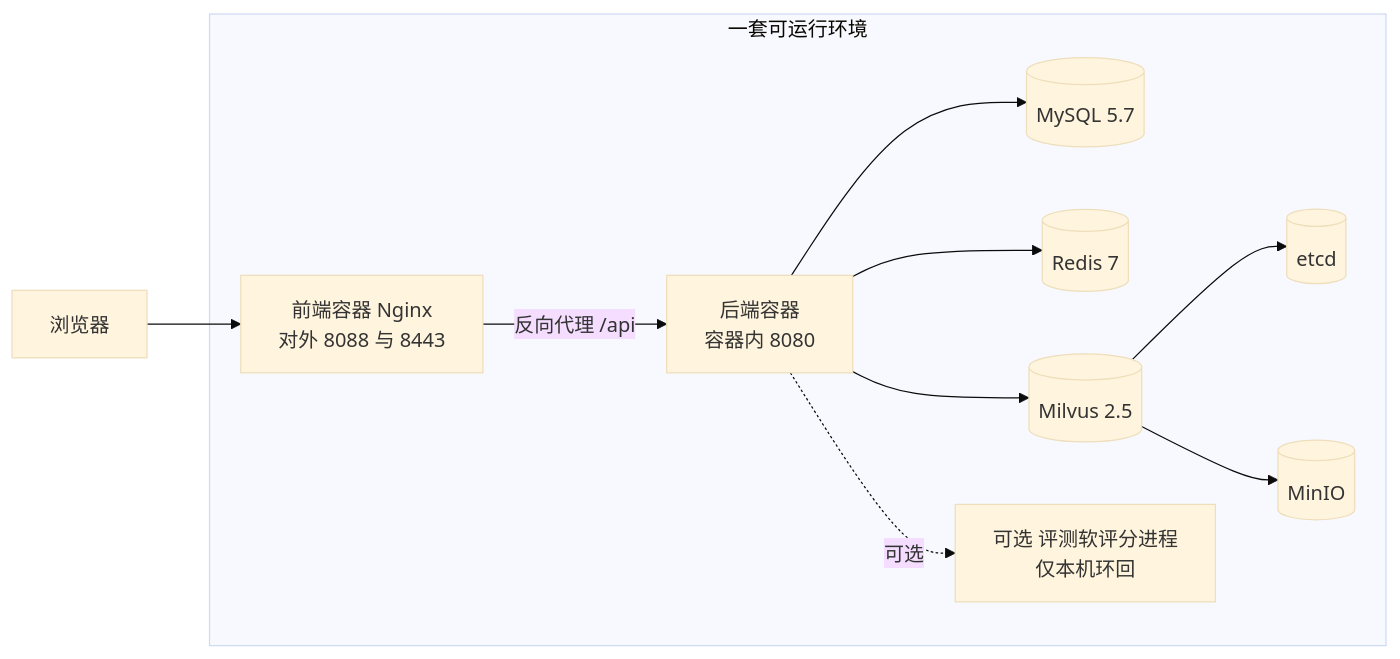
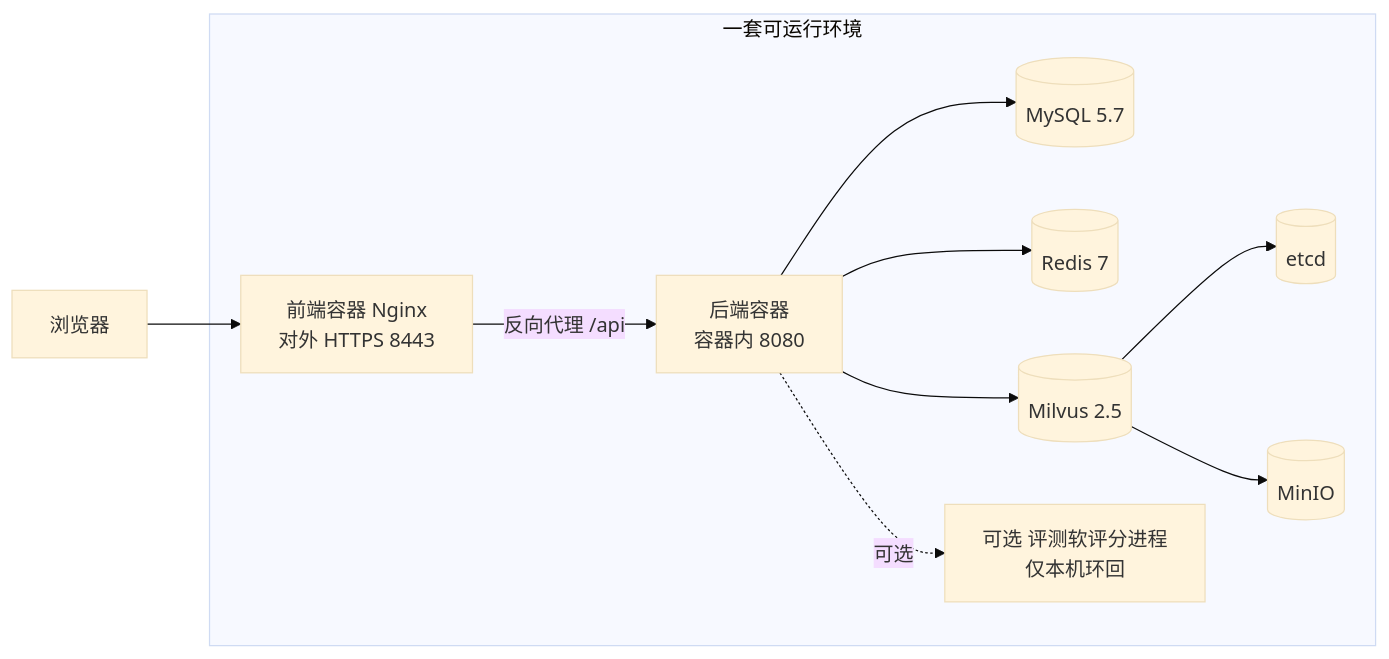
One commit to Desktop-code/AgentHub changed the fifth of 5 diagrams in docs/architecture/AgentHub-架构设计.md. Above: the diagram before and after it, drawn with Mermaid (base theme). The commit also changed other lines of this file and 3 other files, not shown here.

````diff
--- a/docs/architecture/AgentHub-架构设计.md
+++ b/docs/architecture/AgentHub-架构设计.md
@@ -561,21 +561,21 @@
 ```mermaid
 flowchart LR
   subgraph host["一套可运行环境"]
-    WEB["前端容器 Nginx<br/>对外 8088 与 8443"]
+    WEB["前端容器 Nginx<br/>对外 HTTPS 8443"]
     SRV["后端容器<br/>容器内 8080"]
     DB[("MySQL 5.7")]
     RD[("Redis 7")]
     ETCD[("etcd")]
     MINIO[("MinIO")]
     MV[("Milvus 2.5")]
     OJ["可选 评测软评分进程<br/>仅本机环回"]
   end
   BROWSER["浏览器"] --> WEB
   WEB -->|反向代理 /api| SRV
   SRV --> DB
   SRV --> RD
   SRV --> MV
   MV --> ETCD
   MV --> MINIO
   SRV -.->|可选| OJ
 ```
````
